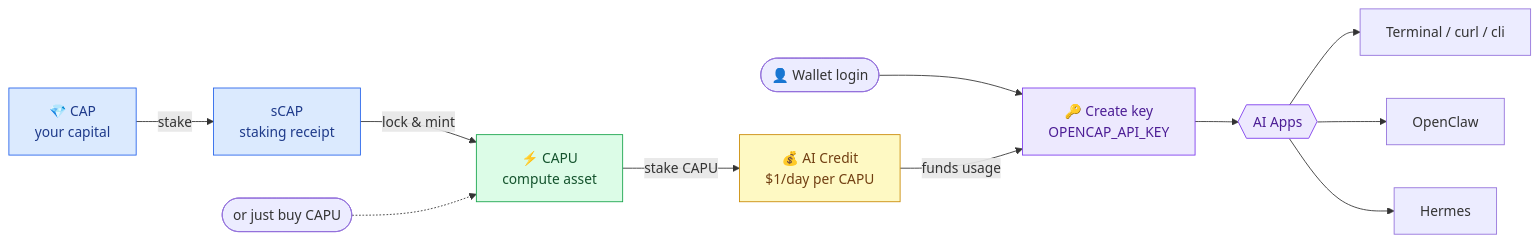
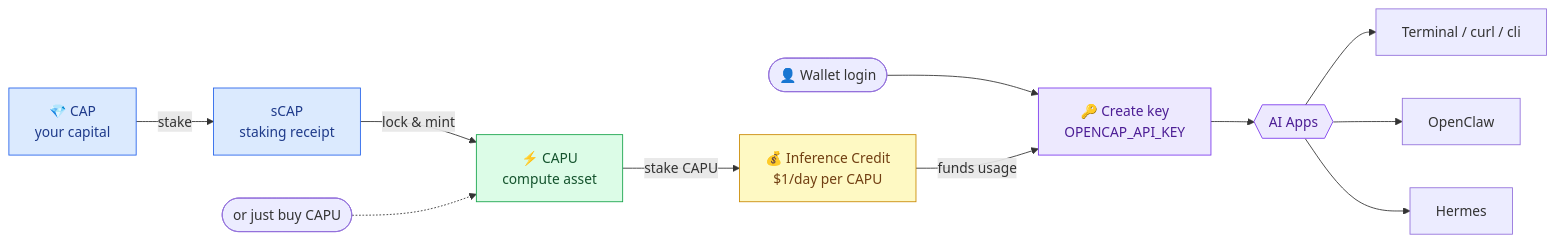
The diagram in capminal/opencap/gateway.md (Capminal/capminal-gitbook), drawn with Mermaid before and after one commit. The commit also changed other lines of this file and 1 other file, not shown here.

First line of the commit message:
Rename "AI Credit" to "Inference Credit" across docs

````diff
--- a/capminal/opencap/gateway.md
+++ b/capminal/opencap/gateway.md
@@ -32,24 +32,24 @@
 ```mermaid
 flowchart LR
     CAP[💎 CAP<br/>your capital] -->|stake| SCAP[sCAP<br/>staking receipt]
     SCAP -->|lock & mint| CAPU[⚡ CAPU<br/>compute asset]
     BUY([or just buy CAPU]) -.-> CAPU
-    CAPU -->|stake CAPU| CREDIT[💰 AI Credit<br/>$1/day per CAPU]
+    CAPU -->|stake CAPU| CREDIT[💰 Inference Credit<br/>$1/day per CAPU]
 
     W([👤 Wallet login]) --> KEY[🔑 Create key<br/>OPENCAP_API_KEY]
     CREDIT -->|funds usage| KEY
 
     KEY --> APPS{{AI Apps}}
     APPS --> T[Terminal / curl / cli]
     APPS --> O[OpenClaw]
     APPS --> H[Hermes]
 
     classDef cap fill:#dbeafe,stroke:#2563eb,color:#1e3a8a;
     classDef capu fill:#dcfce7,stroke:#16a34a,color:#14532d;
     classDef reward fill:#fef9c3,stroke:#ca8a04,color:#713f12;
     classDef key fill:#ede9fe,stroke:#7c3aed,color:#4c1d95;
     class CAP,SCAP cap;
     class CAPU capu;
     class CREDIT reward;
     class KEY,APPS key;
 ```
````
